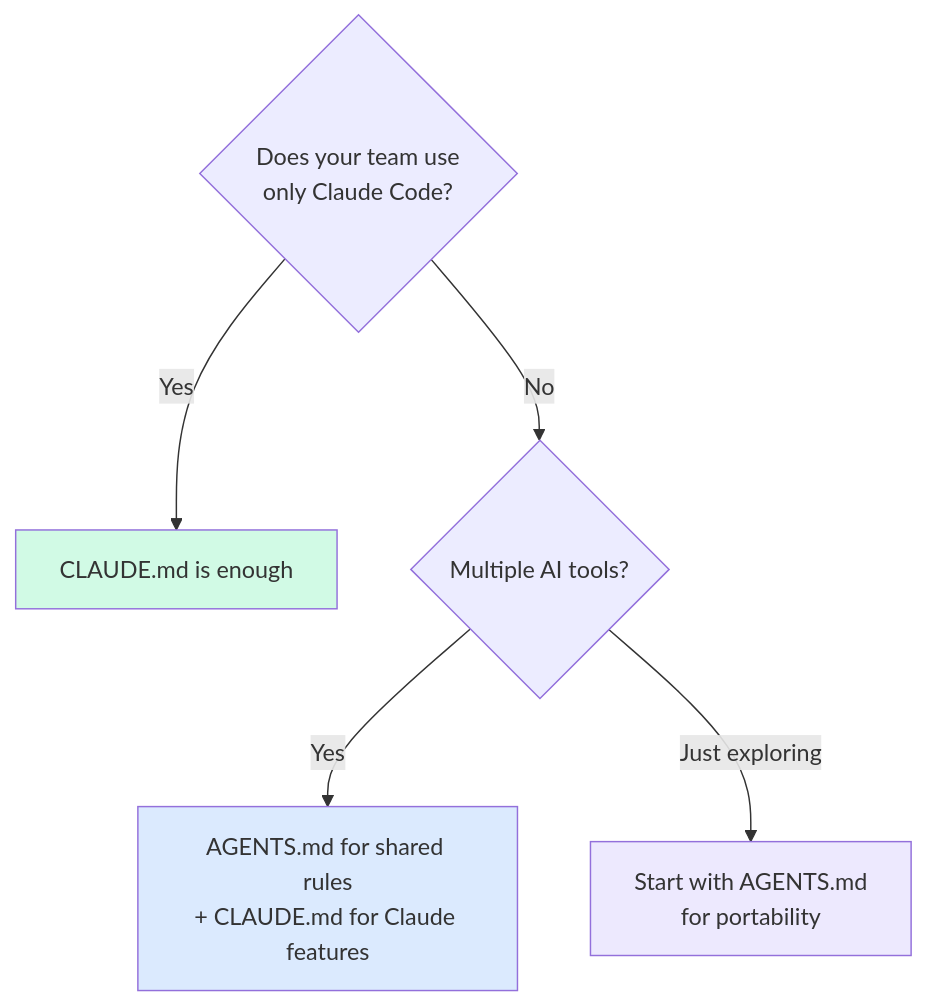
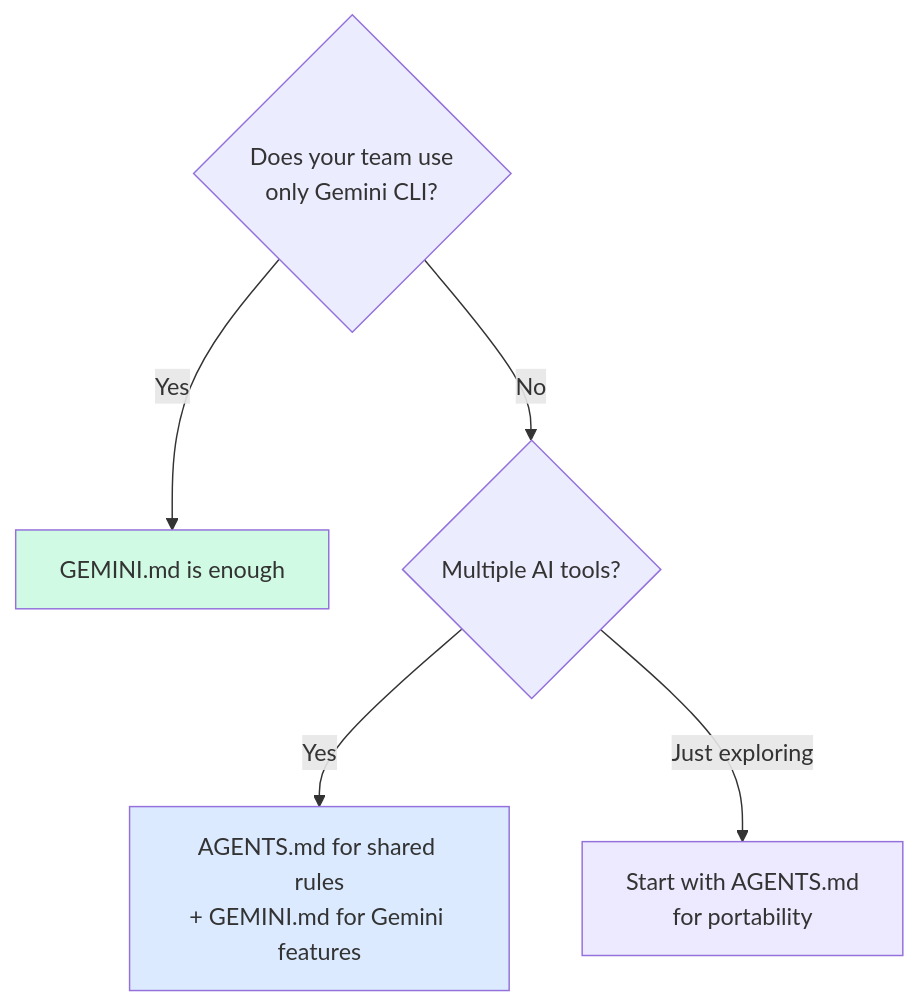
Before and after one commit to mariusjcb/gh-agentic-code-guides: the second of 2 diagrams in Part 1 — Foundations/03-agents-md.md, drawn with Mermaid. The commit also changed other lines of this file and 6 other files, not shown here.

First line of the commit message:
Adapt Part 1 remaining, Part 4, and Part 5 scenario files for Gemini CLI

````diff
--- a/Part 1 — Foundations/03-agents-md.md
+++ b/Part 1 — Foundations/03-agents-md.md
@@ -50,12 +50,12 @@
 ```mermaid
 flowchart TD
-    Q{Does your team use<br/>only Claude Code?}
-    Q -->|Yes| A[CLAUDE.md is enough]
+    Q{Does your team use<br/>only Gemini CLI?}
+    Q -->|Yes| A[GEMINI.md is enough]
     Q -->|No| B{Multiple AI tools?}
-    B -->|Yes| C[AGENTS.md for shared rules<br/>+ CLAUDE.md for Claude features]
+    B -->|Yes| C[AGENTS.md for shared rules<br/>+ GEMINI.md for Gemini features]
     B -->|Just exploring| D[Start with AGENTS.md<br/>for portability]
 
     style A fill:#d1fae5
     style C fill:#dbeafe
     style D fill:#ede9fe
 ```
````
